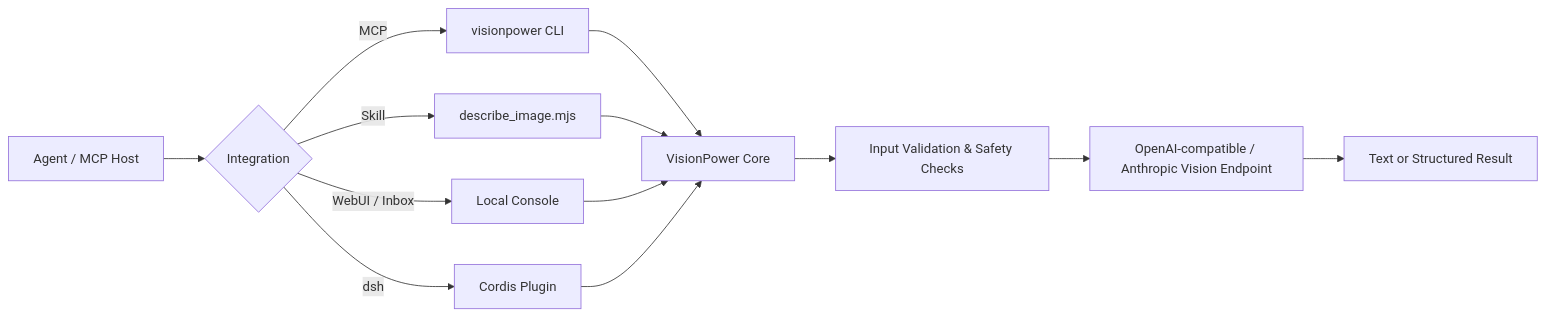
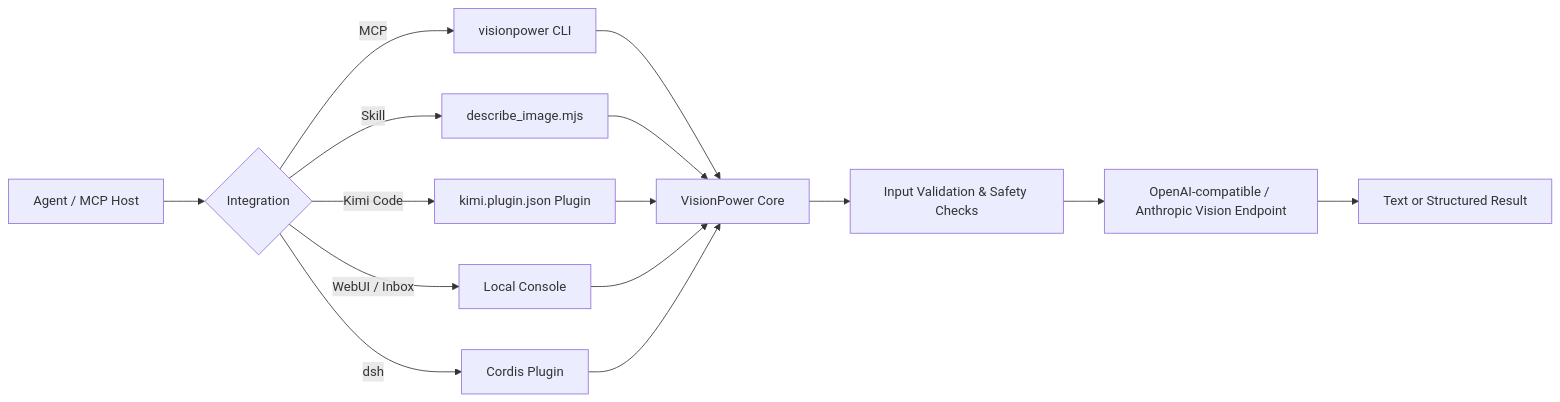
Before and after one commit to RunhuaHuang/VisionPower: the diagram in README.en.md, drawn with Mermaid. The commit also changed other lines of this file and 6 other files, not shown here.

Commit message:
feat: add Kimi Code plugin integration

````diff
--- a/README.en.md
+++ b/README.en.md
@@ -30,15 +30,17 @@
 ```mermaid
 flowchart LR
     A["Agent / MCP Host"] --> B{"Integration"}
     B -->|MCP| C["visionpower CLI"]
     B -->|Skill| D["describe_image.mjs"]
+    B -->|Kimi Code| K["kimi.plugin.json Plugin"]
     B -->|WebUI / Inbox| E["Local Console"]
     B -->|dsh| F["Cordis Plugin"]
     C --> G["VisionPower Core"]
     D --> G
+    K --> G
     E --> G
     F --> G
     G --> H["Input Validation & Safety Checks"]
     H --> I["OpenAI-compatible / Anthropic Vision Endpoint"]
     I --> J["Text or Structured Result"]
 ```
````
